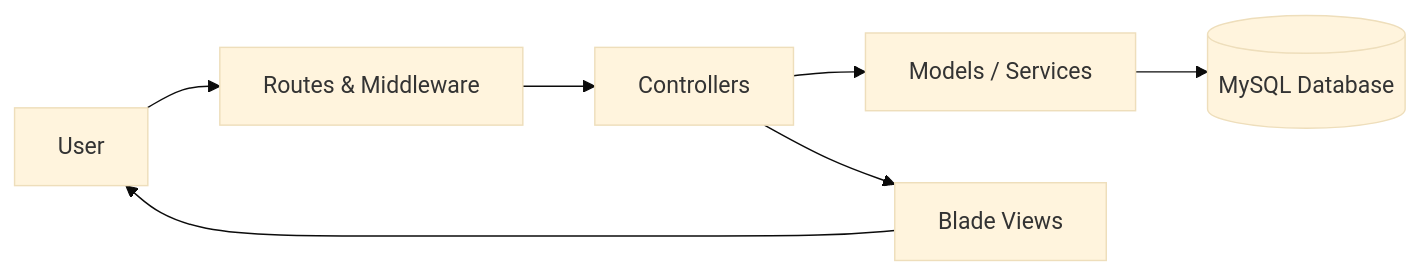
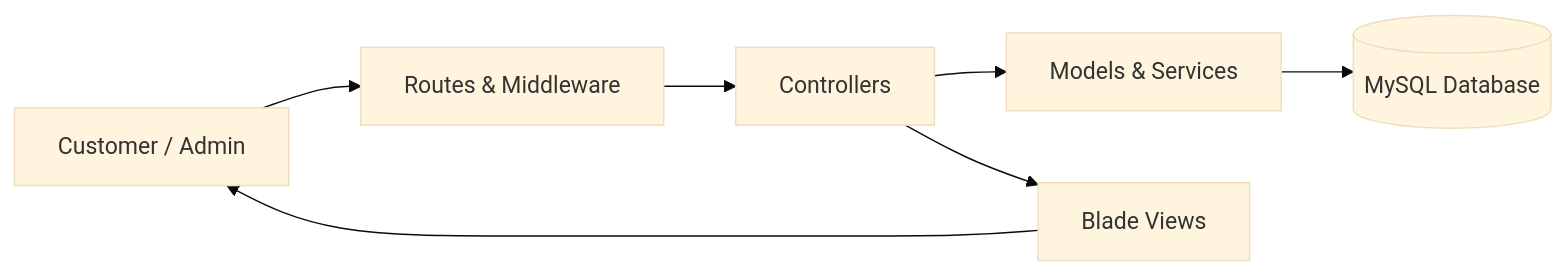
One commit to audyyagustin/lumiere-beauty changed the second of 2 diagrams in README.md. Above: the diagram before and after it, drawn with Mermaid (base theme). The commit also changed other lines of this file, not shown here.

````diff
--- a/README.md
+++ b/README.md
@@ -120,9 +214,9 @@
 ```mermaid
 flowchart LR
-    A["User"] --> B["Routes & Middleware"]
+    A["Customer / Admin"] --> B["Routes & Middleware"]
     B --> C["Controllers"]
-    C --> D["Models / Services"]
+    C --> D["Models & Services"]
     D --> E[("MySQL Database")]
     C --> F["Blade Views"]
     F --> A
 ```
````
